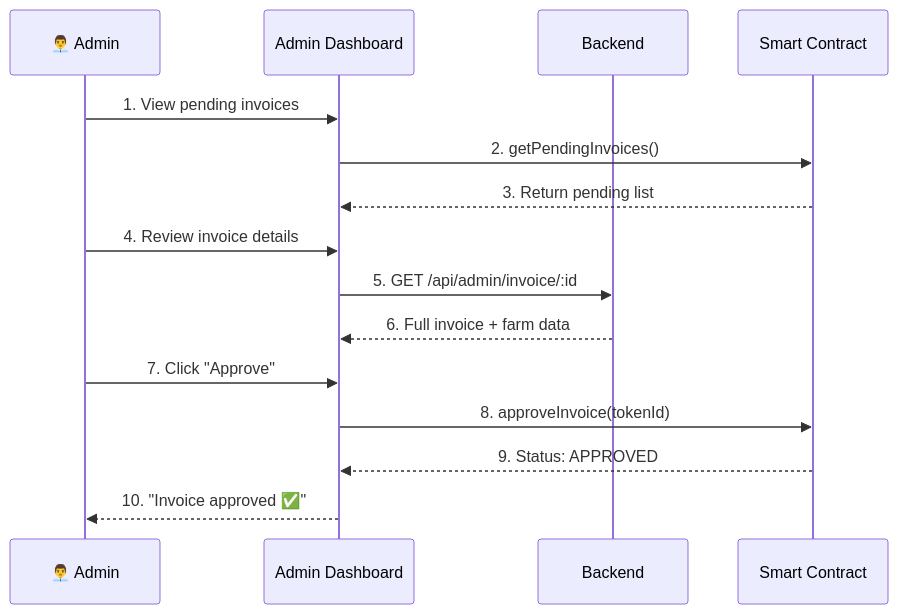
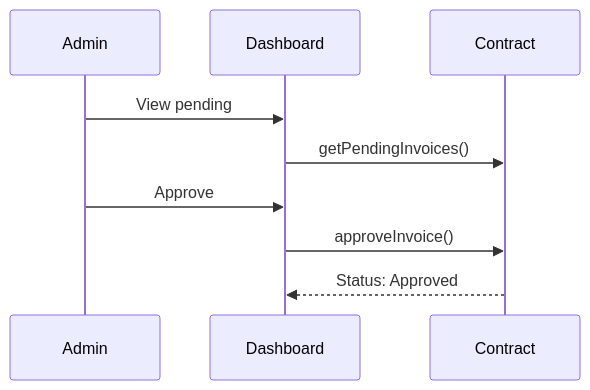
Before and after one commit to OwnaFarm/docs: the seventh of 7 diagrams in gitbook/technical/system-flow.md, drawn with Mermaid. The commit also changed other lines of this file and 17 other files, not shown here.

````diff
--- a/gitbook/technical/system-flow.md
+++ b/gitbook/technical/system-flow.md
@@ -227,21 +143,12 @@
 ```mermaid
 sequenceDiagram
-    participant A as 👨‍💼 Admin
-    participant AD as Admin Dashboard
-    participant BE as Backend
-    participant SC as Smart Contract
+    participant A as Admin
+    participant AD as Dashboard
+    participant SC as Contract
 
-    A->>AD: 1. View pending invoices
-    AD->>SC: 2. getPendingInvoices()
-    SC-->>AD: 3. Return pending list
-
-    A->>AD: 4. Review invoice details
-    AD->>BE: 5. GET /api/admin/invoice/:id
-    BE-->>AD: 6. Full invoice + farm data
-
-    A->>AD: 7. Click "Approve"
-    AD->>SC: 8. approveInvoice(tokenId)
-    SC-->>AD: 9. Status: APPROVED
-
-    AD-->>A: 10. "Invoice approved ✅"
+    A->>AD: View pending
+    AD->>SC: getPendingInvoices()
+    A->>AD: Approve
+    AD->>SC: approveInvoice()
+    SC-->>AD: Status: Approved
 ```
````
